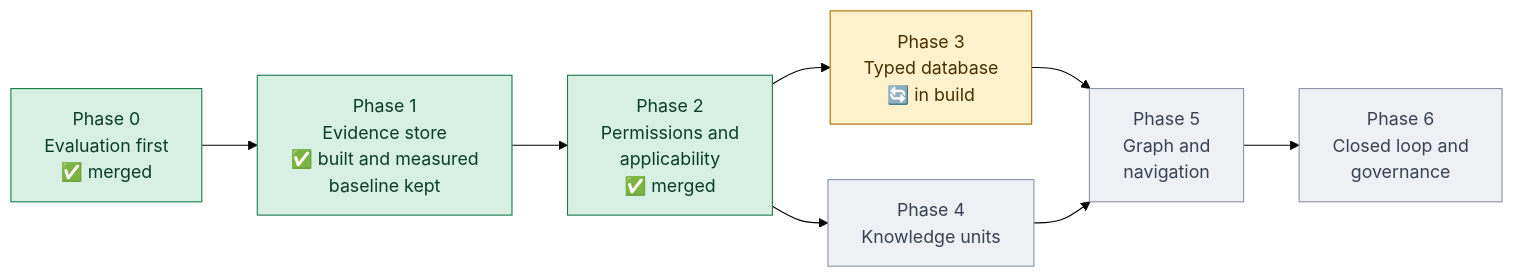
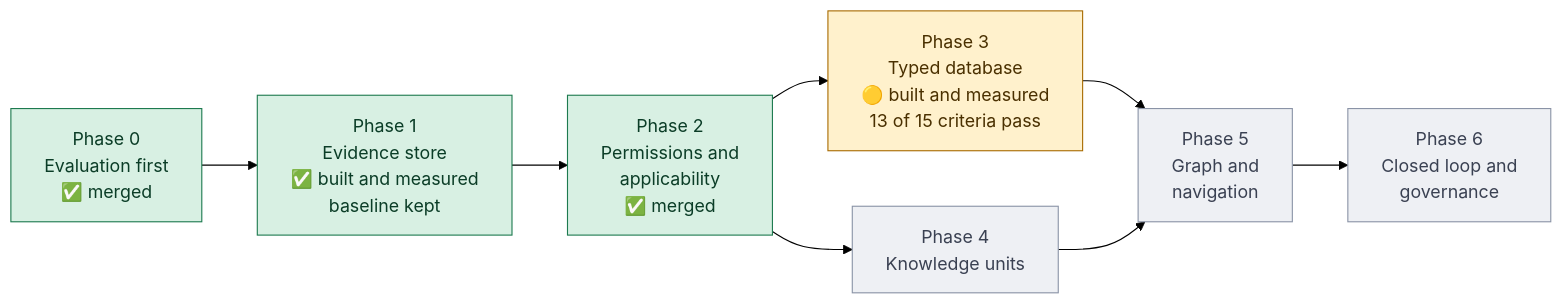
The diagram in README.md (GaryTang32/agent-data-retrieval), drawn with Mermaid (forest theme) before and after one commit. The commit also changed other lines of this file and 39 other files, not shown here.

````diff
--- a/README.md
+++ b/README.md
@@ -45,20 +47,20 @@
 ```mermaid
 flowchart LR
     P0["Phase 0<br/>Evaluation first<br/>✅ merged"]
     P1["Phase 1<br/>Evidence store<br/>✅ built and measured<br/>baseline kept"]
     P2["Phase 2<br/>Permissions and<br/>applicability<br/>✅ merged"]
-    P3["Phase 3<br/>Typed database<br/>🔄 in build"]
+    P3["Phase 3<br/>Typed database<br/>🟡 built and measured<br/>13 of 15 criteria pass"]
     P4["Phase 4<br/>Knowledge units"]
     P5["Phase 5<br/>Graph and<br/>navigation"]
     P6["Phase 6<br/>Closed loop and<br/>governance"]
     P0 --> P1 --> P2
     P2 --> P3 --> P5
     P2 --> P4 --> P5
     P5 --> P6
     classDef done fill:#d8f0e3,stroke:#1d7a4f,color:#0b3d27
     classDef active fill:#fff1cc,stroke:#a86b00,color:#4a3000
     classDef todo fill:#eef0f4,stroke:#8a93a6,color:#3a4152
     class P0,P1,P2 done
     class P3 active
     class P4,P5,P6 todo
 ```
````
